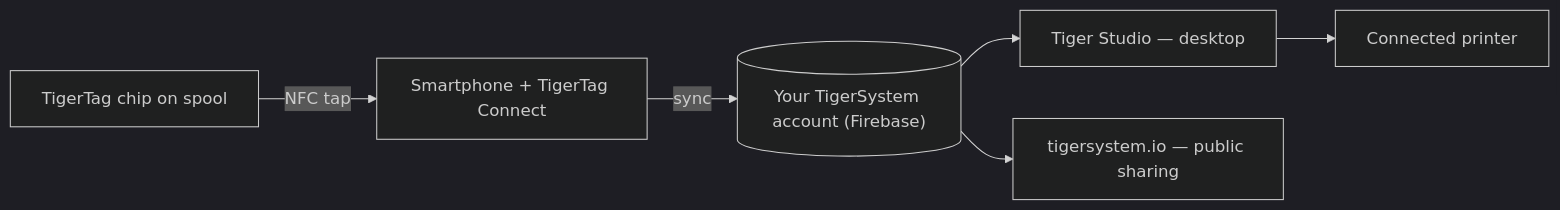
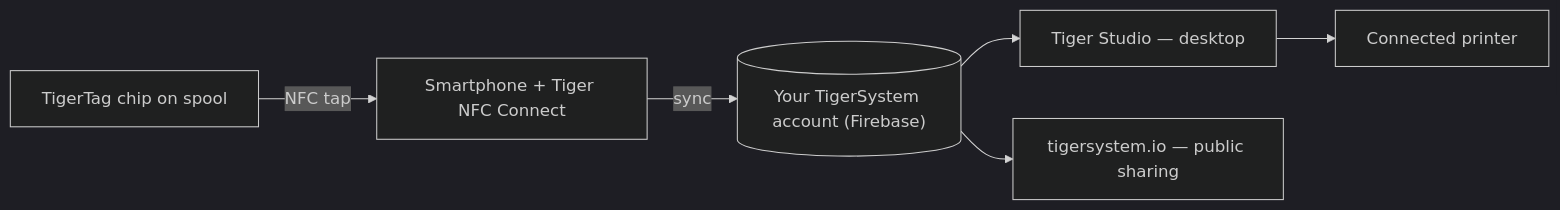
The diagram in docs/philosophy/smartphone-bridge.md (TigerTag-Project/TigerSystem-Docs), drawn with Mermaid (dark theme) before and after one commit. The commit also changed other lines of this file and 18 other files, not shown here.

Commit message:
Adopt the final app name Tiger NFC Connect everywhere, and scope the sandbox claim to the user-facing software: the factory-side chip-programming toolchain is production-grade

````diff
--- a/docs/philosophy/smartphone-bridge.md
+++ b/docs/philosophy/smartphone-bridge.md
@@ -9,8 +9,8 @@
 ```mermaid
 flowchart LR
-    TAG[TigerTag chip on spool] -- NFC tap --> PHONE[Smartphone + TigerTag Connect]
+    TAG[TigerTag chip on spool] -- NFC tap --> PHONE[Smartphone + Tiger NFC Connect]
     PHONE -- sync --> CLOUD[("Your TigerSystem account (Firebase)")]
     CLOUD --> STUDIO[Tiger Studio — desktop]
     STUDIO --> PRINTER[Connected printer]
     CLOUD --> WEB["tigersystem.io — public sharing"]
 ```
````
